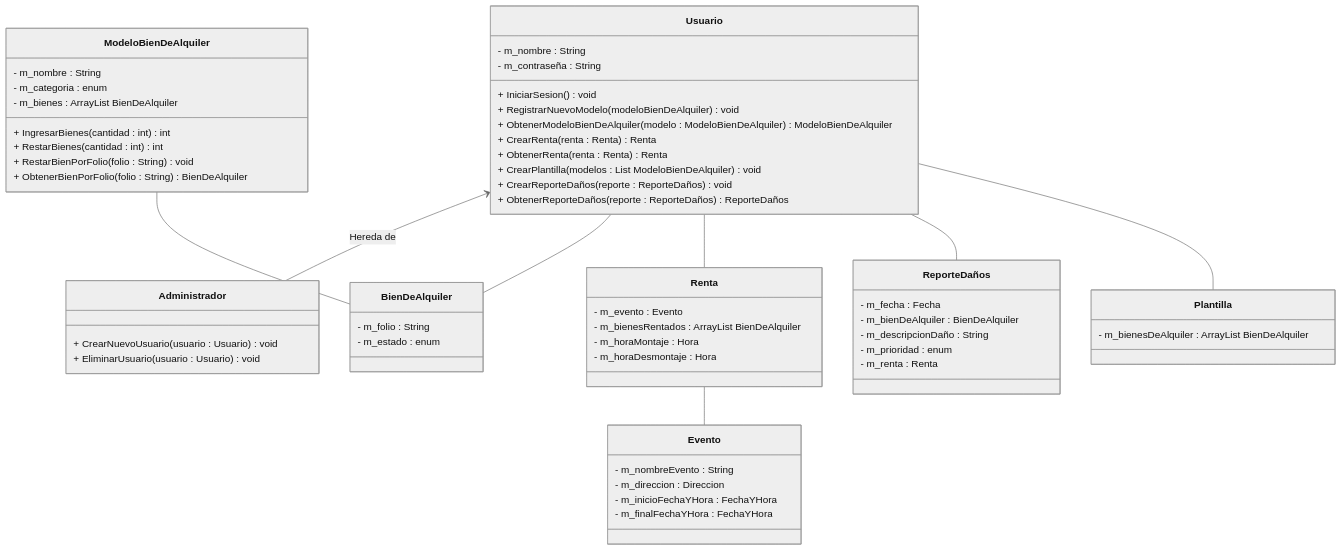
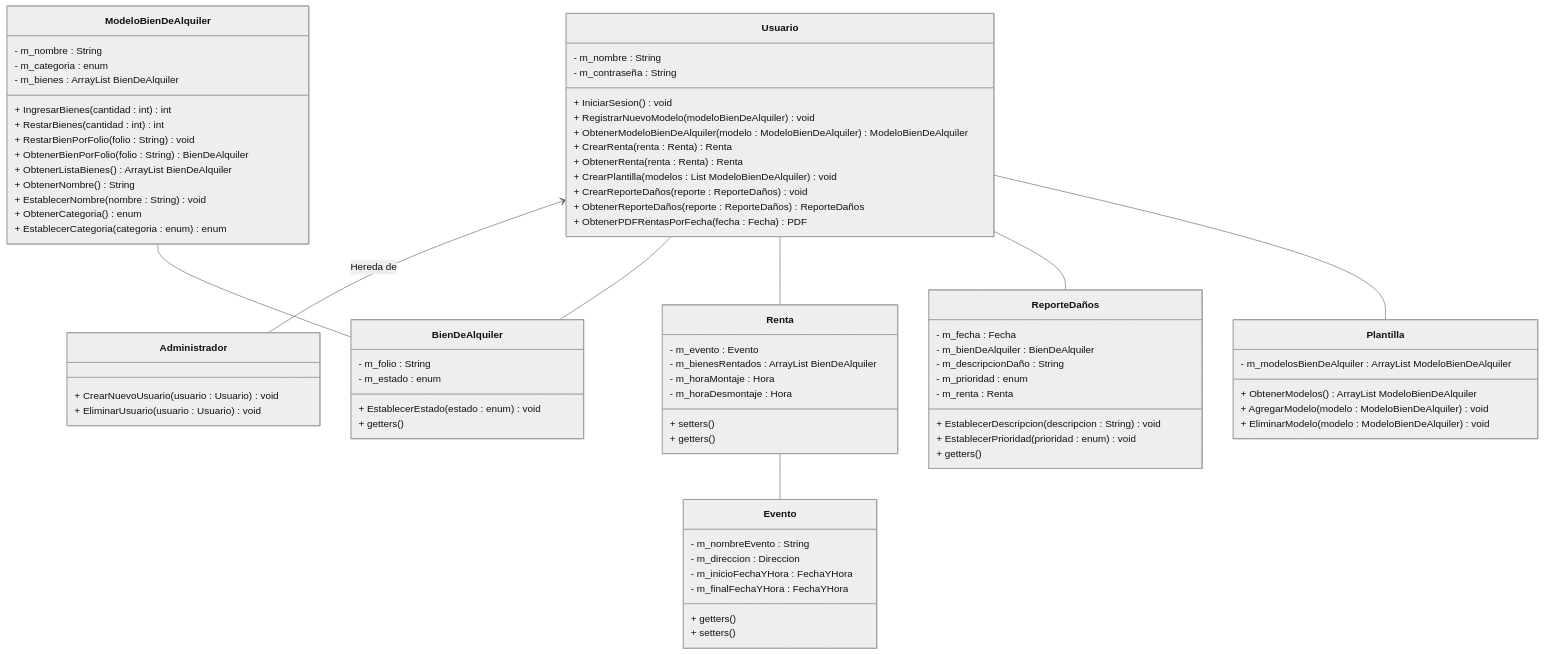
One commit to JuanJoseVargasArvizu/ProyectoPromotoraEventos changed the diagram in Documentacion/Diagramas/DiagramaDeClases.mmd. Above: the diagram before and after it, drawn with Mermaid (neutral theme).

Commit message:
Actualizacion diagrama de clases

```diff
--- a/Documentacion/Diagramas/DiagramaDeClases.mmd
+++ b/Documentacion/Diagramas/DiagramaDeClases.mmd
@@ -1,74 +1,100 @@
 classDiagram
 
     Usuario <-- Administrador : Hereda de
     Usuario -- BienDeAlquiler
     Usuario -- Renta
     Usuario -- ReporteDaños
     Usuario -- Plantilla
 
     Renta -- Evento
 
     ModeloBienDeAlquiler -- BienDeAlquiler
 
 
     class Usuario{
         - m_nombre : String
         - m_contraseña : String
         + IniciarSesion() void
         + RegistrarNuevoModelo(modeloBienDeAlquiler) void
         + ObtenerModeloBienDeAlquiler(modelo : ModeloBienDeAlquiler) ModeloBienDeAlquiler
         + CrearRenta(renta : Renta) Renta
         + ObtenerRenta(renta : Renta) Renta
         + CrearPlantilla( modelos : List ModeloBienDeAlquiler) void
         + CrearReporteDaños(reporte : ReporteDaños) void
         + ObtenerReporteDaños(reporte : ReporteDaños) ReporteDaños
+        + ObtenerPDFRentasPorFecha(fecha : Fecha) PDF
     }
 
     class Administrador{
         + CrearNuevoUsuario(usuario : Usuario) void
         + EliminarUsuario(usuario : Usuario) void
     }
 
     class ModeloBienDeAlquiler{
         - m_nombre : String
         - m_categoria : enum
         - m_bienes : ArrayList BienDeAlquiler
         + IngresarBienes(cantidad : int) int
         + RestarBienes(cantidad : int) int
         + RestarBienPorFolio(folio : String) void
         + ObtenerBienPorFolio(folio : String) BienDeAlquiler
+        + ObtenerListaBienes() ArrayList BienDeAlquiler
+
+        + ObtenerNombre() String
+        + EstablecerNombre(nombre : String) void
+        + ObtenerCategoria() enum
+        + EstablecerCategoria(categoria : enum) enum
+
     }
 
 
     class BienDeAlquiler{
         - m_folio : String
         - m_estado : enum
+
+        + EstablecerEstado(estado : enum) void
+        + getters()
+
     }
 
 
     class Renta{
         - m_evento : Evento
         - m_bienesRentados : ArrayList BienDeAlquiler
         - m_horaMontaje : Hora
         - m_horaDesmontaje : Hora
+
+        + setters()
+        + getters()
+
     }
 
     class Evento{
         - m_nombreEvento : String
         - m_direccion : Direccion        
         - m_inicioFechaYHora : FechaYHora
-        - m_finalFechaYHora : FechaYHora        
+        - m_finalFechaYHora : FechaYHora
+
+        + getters()
+        + setters()
     }
 
     class ReporteDaños{
         - m_fecha : Fecha
         - m_bienDeAlquiler : BienDeAlquiler
         - m_descripcionDaño : String
         - m_prioridad : enum
         - m_renta : Renta
+
+        + EstablecerDescripcion(descripcion : String) void
+        + EstablecerPrioridad(prioridad : enum) void
+        + getters()
     }
 
 
     class Plantilla{
-        - m_bienesDeAlquiler : ArrayList BienDeAlquiler
+        - m_modelosBienDeAlquiler : ArrayList ModeloBienDeAlquiler
+        + ObtenerModelos() ArrayList ModeloBienDeAlquiler
+        + AgregarModelo(modelo : ModeloBienDeAlquiler) void
+        + EliminarModelo(modelo : ModeloBienDeAlquiler) void
     }
```
